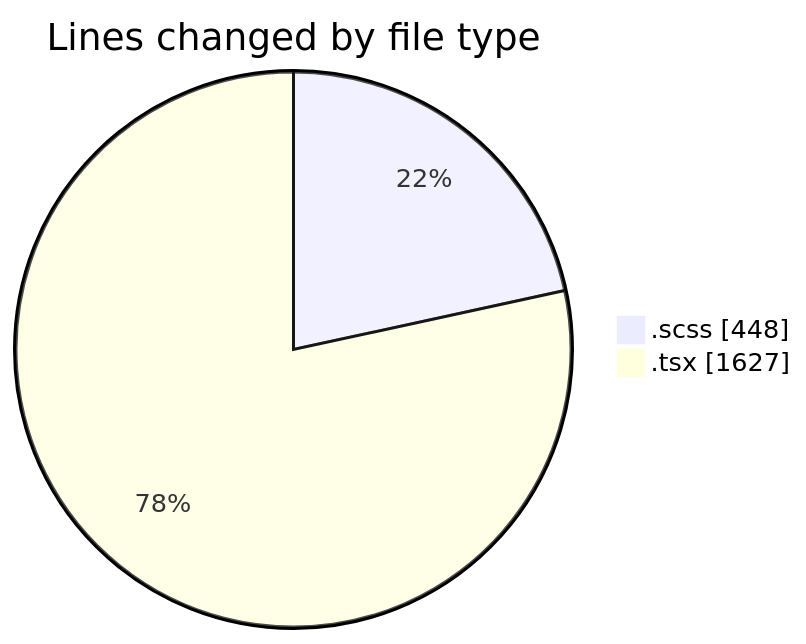
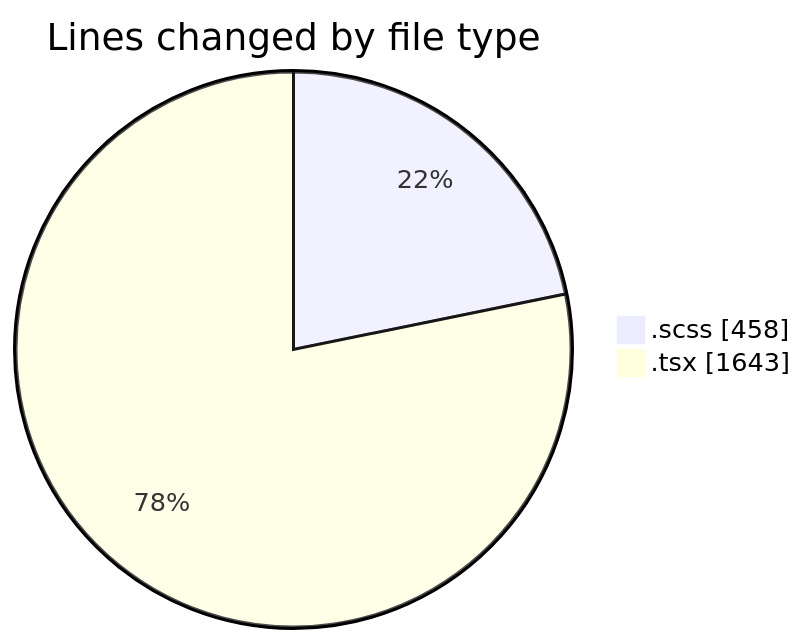
Before and after one commit to momahboobian/code-tracking: the first of 2 diagrams in 2025-08-28/cda/README.md, drawn with Mermaid. The commit also changed other lines of this file and 1 other file, not shown here.

````diff
--- a/2025-08-28/cda/README.md
+++ b/2025-08-28/cda/README.md
@@ -26,6 +26,6 @@
 ```mermaid
 pie showData
 title Lines changed by file type
-".scss" : 448
-".tsx" : 1627
+".scss" : 458
+".tsx" : 1643
 ```
````
